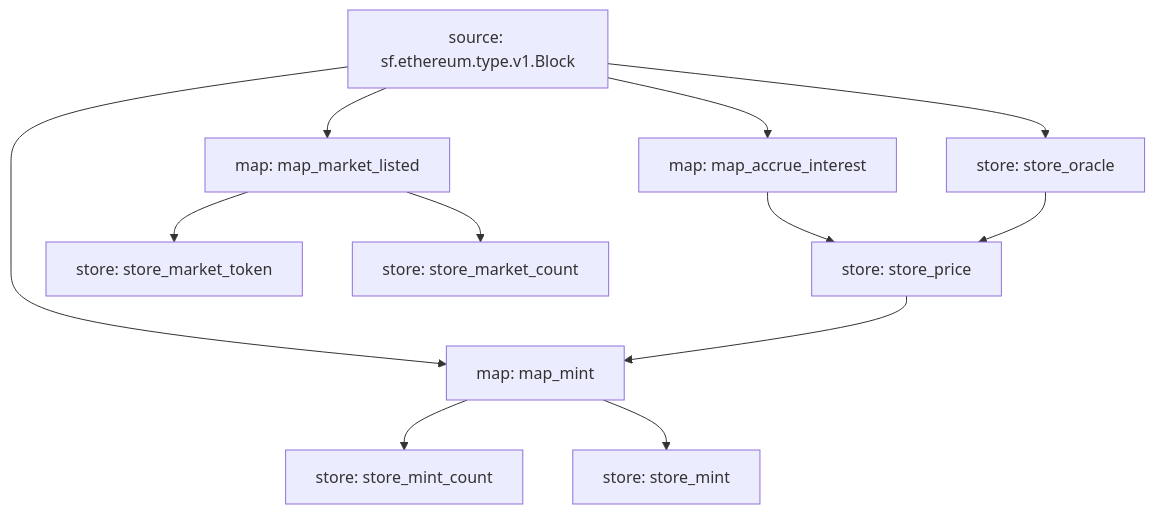
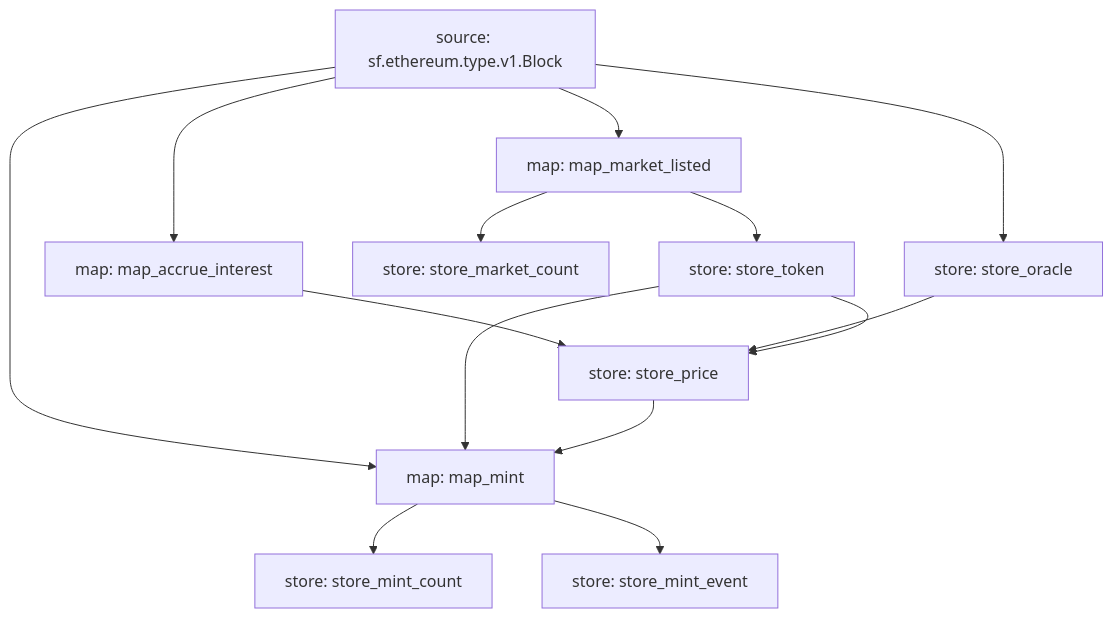
The diagram in README.md (0xbe1/compoundv2-substreams), drawn with Mermaid before and after one commit.

Commit message:
update architecture

````diff
--- a/README.md
+++ b/README.md
@@ -7,23 +7,25 @@
 ```mermaid
 graph TD;
   map_accrue_interest[map: map_accrue_interest]
   sf.ethereum.type.v1.Block[source: sf.ethereum.type.v1.Block] --> map_accrue_interest
   map_mint[map: map_mint]
   sf.ethereum.type.v1.Block[source: sf.ethereum.type.v1.Block] --> map_mint
+  store_token --> map_mint
   store_price --> map_mint
   map_market_listed[map: map_market_listed]
   sf.ethereum.type.v1.Block[source: sf.ethereum.type.v1.Block] --> map_market_listed
-  store_market_token[store: store_market_token]
-  map_market_listed --> store_market_token
+  store_token[store: store_token]
+  map_market_listed --> store_token
   store_market_count[store: store_market_count]
   map_market_listed --> store_market_count
   store_mint_count[store: store_mint_count]
   map_mint --> store_mint_count
   store_oracle[store: store_oracle]
   sf.ethereum.type.v1.Block[source: sf.ethereum.type.v1.Block] --> store_oracle
   store_price[store: store_price]
   map_accrue_interest --> store_price
   store_oracle --> store_price
-  store_mint[store: store_mint]
-  map_mint --> store_mint
+  store_token --> store_price
+  store_mint_event[store: store_mint_event]
+  map_mint --> store_mint_event
 ```
````
